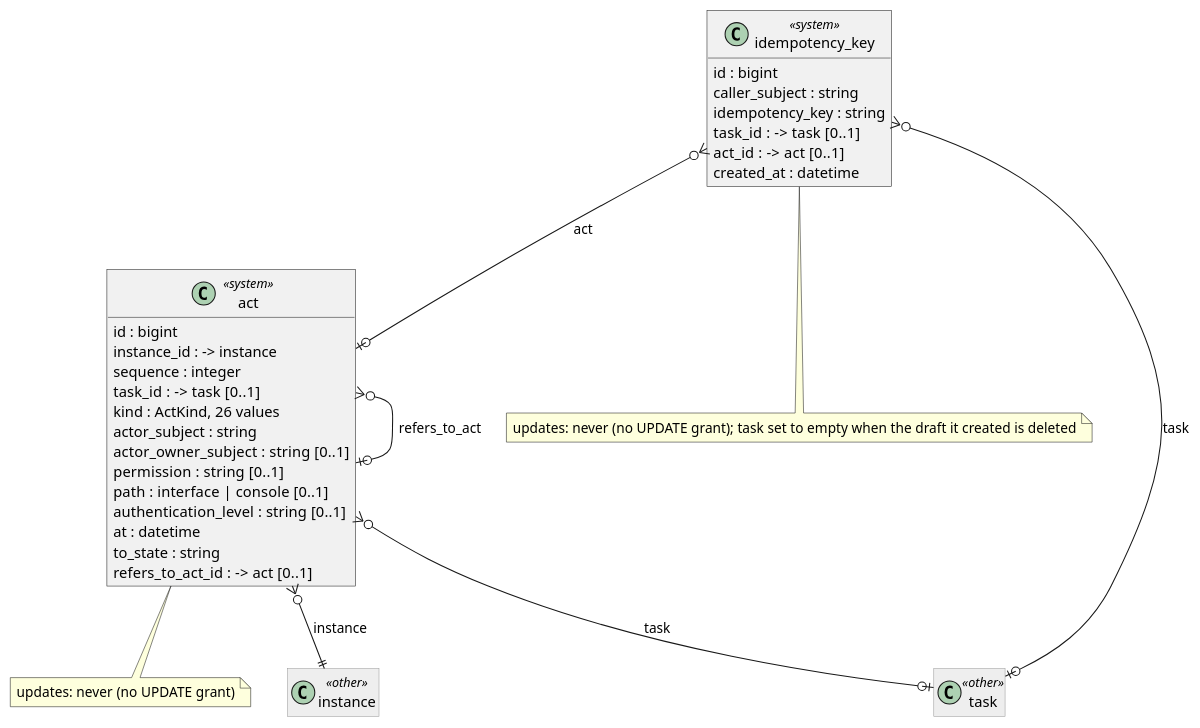
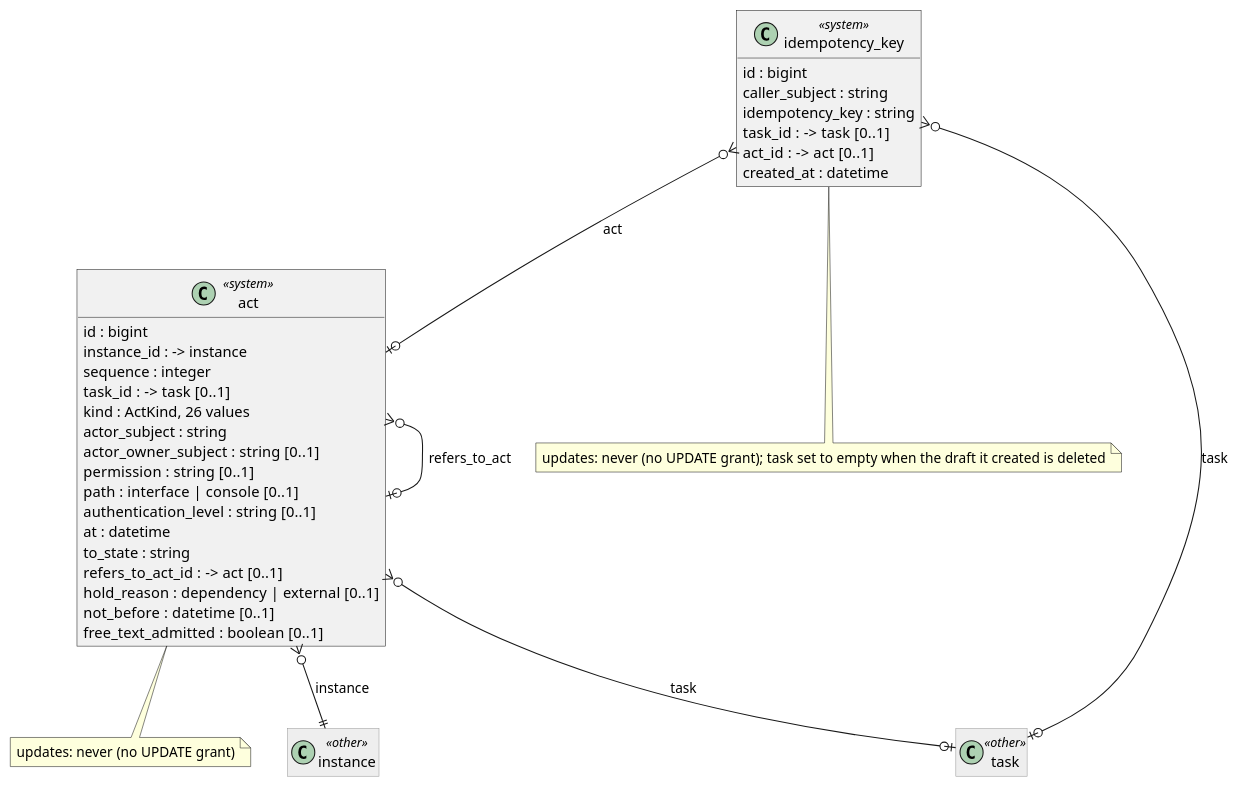
One commit to Kumbuka-ai/kumbuka-dispatch changed the diagram in docs/data-model/diagrams/03-trace.puml. Above: the diagram before and after it, drawn with PlantUML. The commit also changed 30 other files, not shown here.

```diff
--- a/docs/data-model/diagrams/03-trace.puml
+++ b/docs/data-model/diagrams/03-trace.puml
@@ -1,46 +1,49 @@
 @startuml 03-trace
 ' 03-trace (docs/data-model/groups/03-trace.md), generated from model/trace.linkml.yaml.
 ' Every table carries tenant_id and scope_id and a unique key (tenant_id, scope_id, id); every foreign
 ' key runs over tenant, scope and id (ADR-0042). Left out below. Tables of other groups are drawn grey.
 skinparam shadowing false
 skinparam roundcorner 0
 skinparam classAttributeIconSize 0
 hide methods
 hide empty members
 skinparam class<<other>> {
   BackgroundColor #EEEEEE
   BorderColor #999999
 }
 class act <<system>> {
   id : bigint
   instance_id : -> instance
   sequence : integer
   task_id : -> task  [0..1]
   kind : ActKind, 26 values
   actor_subject : string
   actor_owner_subject : string  [0..1]
   permission : string  [0..1]
   path : interface | console  [0..1]
   authentication_level : string  [0..1]
   at : datetime
   to_state : string
   refers_to_act_id : -> act  [0..1]
+  hold_reason : dependency | external  [0..1]
+  not_before : datetime  [0..1]
+  free_text_admitted : boolean  [0..1]
 }
 note bottom of act : updates: never (no UPDATE grant)
 class idempotency_key <<system>> {
   id : bigint
   caller_subject : string
   idempotency_key : string
   task_id : -> task  [0..1]
   act_id : -> act  [0..1]
   created_at : datetime
 }
 note bottom of idempotency_key : updates: never (no UPDATE grant); task set to empty when the draft it created is deleted
 class instance <<other>>
 class task <<other>>
 act }o--|| instance : instance
 act }o--o| task : task
 act }o--o| act : refers_to_act
 idempotency_key }o--o| task : task
 idempotency_key }o--o| act : act
 @enduml
```
